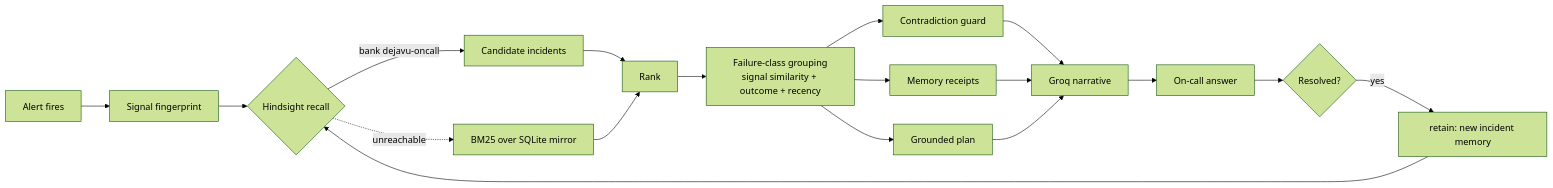
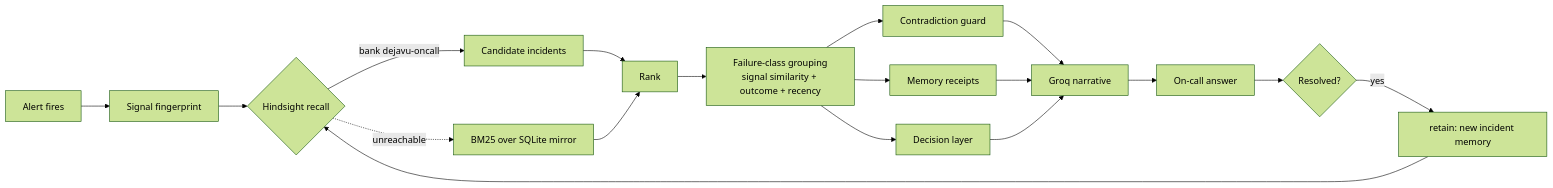
One commit to abinivesh-m/dejavu changed the diagram in README.md. Above: the diagram before and after it, drawn with Mermaid (forest theme). The commit also changed other lines of this file and 29 other files, not shown here.

````diff
--- a/README.md
+++ b/README.md
@@ -102,20 +126,20 @@
 ```mermaid
 flowchart LR
     A[Alert fires] --> B[Signal fingerprint]
     B --> C{Hindsight recall}
     C -- bank dejavu-oncall --> D[Candidate incidents]
     C -.unreachable.-> E[BM25 over SQLite mirror]
     D --> F[Rank]
     E --> F
     F --> G[Failure-class grouping<br/>signal similarity + outcome + recency]
     G --> H[Contradiction guard]
     G --> I[Memory receipts]
-    G --> J[Grounded plan]
+    G --> J[Decision layer]
     H --> K[Groq narrative]
     I --> K
     J --> K
     K --> L[On-call answer]
     L --> M{Resolved?}
     M -- yes --> N[retain: new incident memory]
     N --> C
 ```
````
